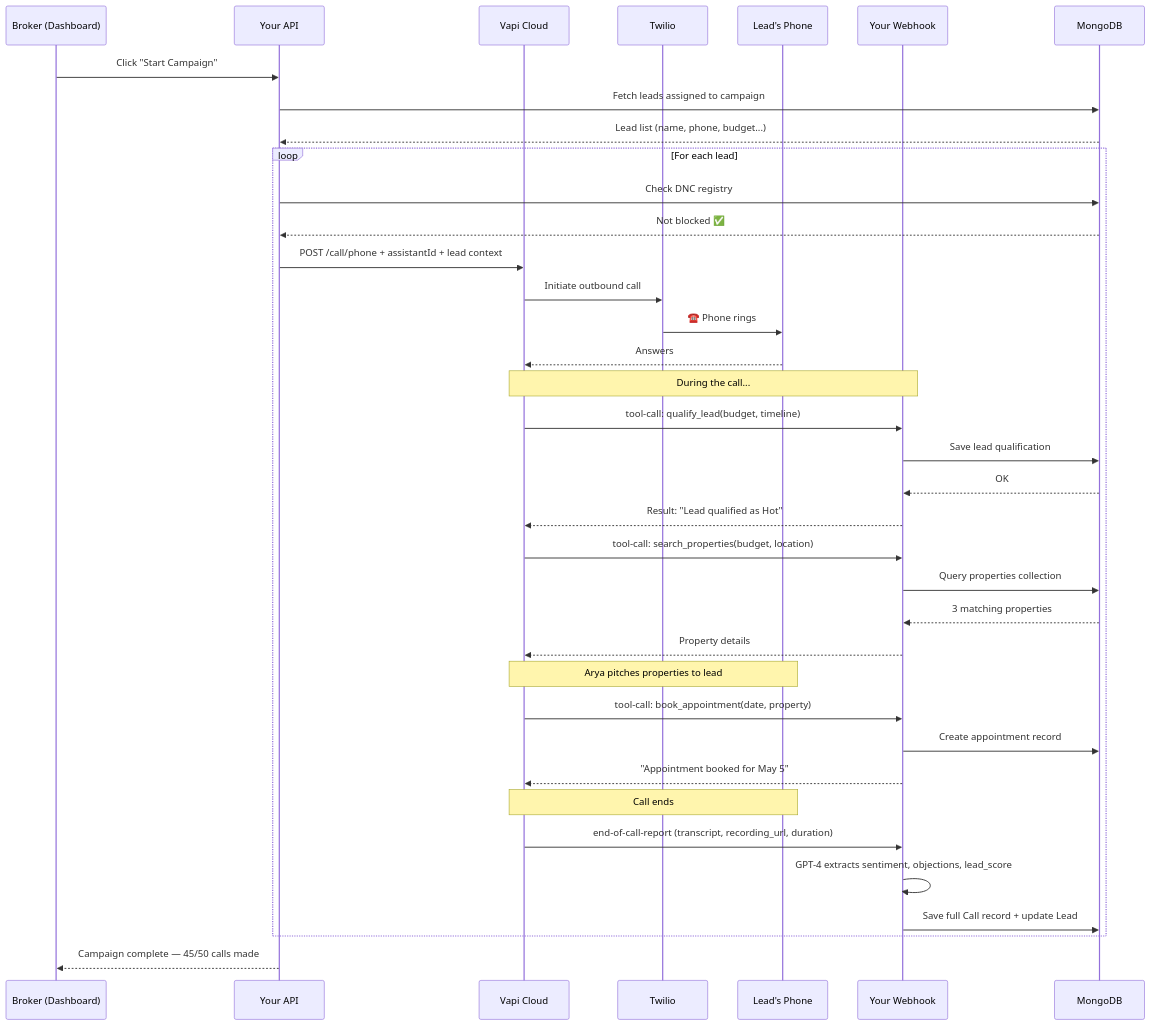
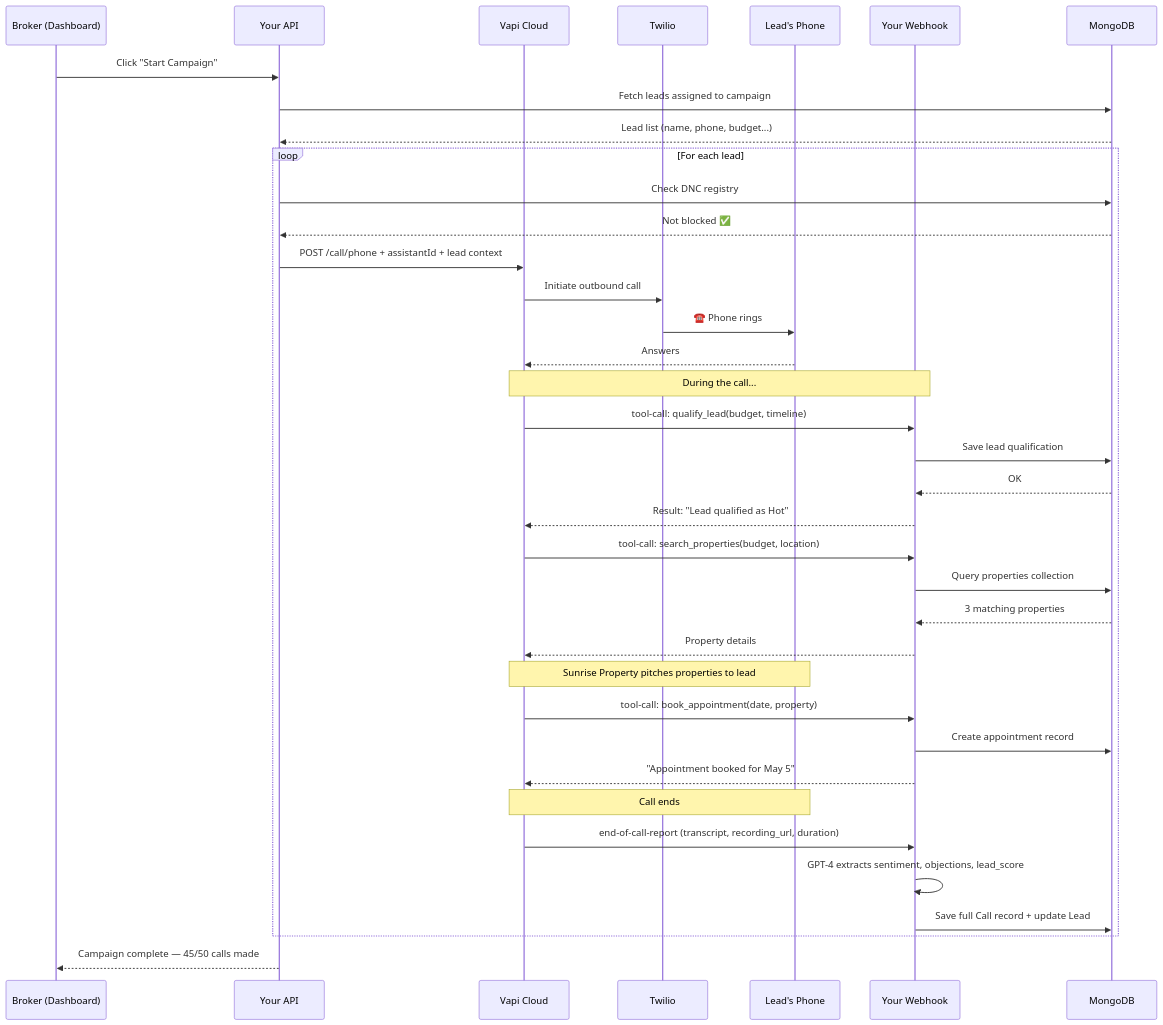
One commit to AnuragU03/GharSoch changed the second of 4 diagrams in gharsoc-web/docs/VOICE_ARCHITECTURE.md. Above: the diagram before and after it, drawn with Mermaid. The commit also changed other lines of this file and 42 other files, not shown here.

````diff
--- a/gharsoc-web/docs/VOICE_ARCHITECTURE.md
+++ b/gharsoc-web/docs/VOICE_ARCHITECTURE.md
@@ -46,47 +46,47 @@
 ```mermaid
 sequenceDiagram
     participant B as Broker (Dashboard)
     participant A as Your API
     participant V as Vapi Cloud
     participant T as Twilio
     participant L as Lead's Phone
     participant W as Your Webhook
     participant D as MongoDB
 
     B->>A: Click "Start Campaign"
     A->>D: Fetch leads assigned to campaign
     D-->>A: Lead list (name, phone, budget...)
     
     loop For each lead
         A->>D: Check DNC registry
         D-->>A: Not blocked ✅
         A->>V: POST /call/phone + assistantId + lead context
         V->>T: Initiate outbound call
         T->>L: ☎️ Phone rings
         L-->>V: Answers
         
         Note over V,W: During the call...
         V->>W: tool-call: qualify_lead(budget, timeline)
         W->>D: Save lead qualification
         D-->>W: OK
         W-->>V: Result: "Lead qualified as Hot"
         
         V->>W: tool-call: search_properties(budget, location)
         W->>D: Query properties collection
         D-->>W: 3 matching properties
         W-->>V: Property details
         
-        Note over V,L: Arya pitches properties to lead
+        Note over V,L: Sunrise Property pitches properties to lead
         
         V->>W: tool-call: book_appointment(date, property)
         W->>D: Create appointment record
         W-->>V: "Appointment booked for May 5"
         
         Note over V,L: Call ends
         V->>W: end-of-call-report (transcript, recording_url, duration)
         W->>W: GPT-4 extracts sentiment, objections, lead_score
         W->>D: Save full Call record + update Lead
     end
     
     A-->>B: Campaign complete — 45/50 calls made
 ```
````
